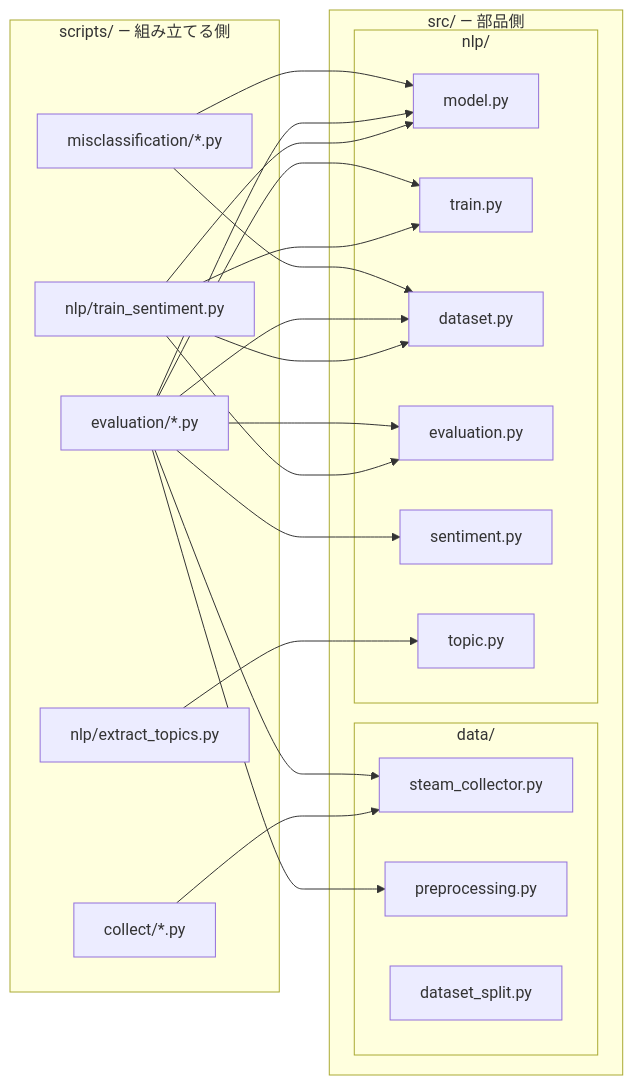
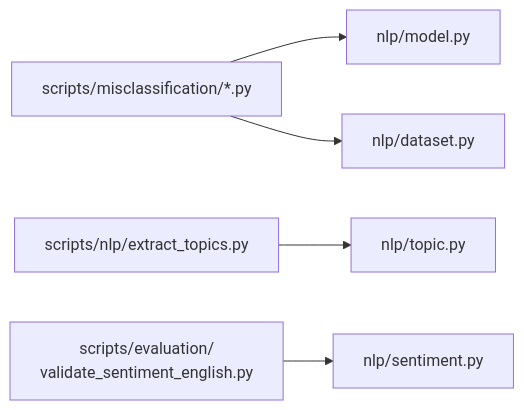
Before and after one commit to rindguitar/game-demand-forecast: the third of 3 diagrams in src/README.md, drawn with Mermaid. The commit also changed other lines of this file and 2 other files, not shown here.

Commit message:
docs: READMEの図をディレクトリ単位に分割し、線の交差を減らす
1枚の大きな図では線が交差して読めなかったため、処理の単位ごとに
小さい図へ割った。1枚あたりの線は最大20本から最大7本になった。

- scripts/README.md: 全体は4段の粗い流れのみ。collect/ nlp/ evaluation/ の
  各節に、その節だけの図を置く。誤分類分析は「差分を取る」「差分を分析する」
  「なぜ間違えたかを調べる」の3枚に分割
- src/README.md: 用途別に3枚（学習で使う部品 / 収集で使う部品 / 調査で使う部品）
- tests/README.md: test_data/ と test_nlp/ で2枚に分割

線が増えて読みにくくなる箇所（誤分類分析の共通入力CSVなど）は図から外し、
本文で補足した。全14枚を mermaid のパーサで構文検証済み。

````diff
--- a/src/README.md
+++ b/src/README.md
@@ -24,42 +47,7 @@
 ```mermaid
 flowchart LR
-    subgraph SCR["scripts/ — 組み立てる側"]
-        P1["collect/*.py"]
-        P2["nlp/train_sentiment.py"]
-        P3["nlp/extract_topics.py"]
-        P4["evaluation/*.py"]
-        P5["misclassification/*.py"]
-    end
-
-    subgraph SRC["src/ — 部品側"]
-        subgraph DATA["data/"]
-            SCOL["steam_collector.py"]
-            PREP["preprocessing.py"]
-            SPLT["dataset_split.py"]
-        end
-        subgraph NLPM["nlp/"]
-            MDL["model.py"]
-            TRN["train.py"]
-            DST["dataset.py"]
-            EVL["evaluation.py"]
-            SNT["sentiment.py"]
-            TPC["topic.py"]
-        end
-    end
-
-    P1 --> SCOL
-    P2 --> DST
-    P2 --> MDL
-    P2 --> TRN
-    P2 --> EVL
-    P3 --> TPC
-    P4 --> SCOL
-    P4 --> PREP
-    P4 --> SNT
-    P4 --> EVL
-    P4 --> DST
-    P4 --> MDL
-    P4 --> TRN
-    P5 --> DST
-    P5 --> MDL
+    AN["scripts/misclassification/*.py"] --> MD2["nlp/model.py"]
+    AN --> DS2["nlp/dataset.py"]
+    ET["scripts/nlp/extract_topics.py"] --> TP["nlp/topic.py"]
+    VA2["scripts/evaluation/<br/>validate_sentiment_english.py"] --> SN["nlp/sentiment.py"]
 ```
````
